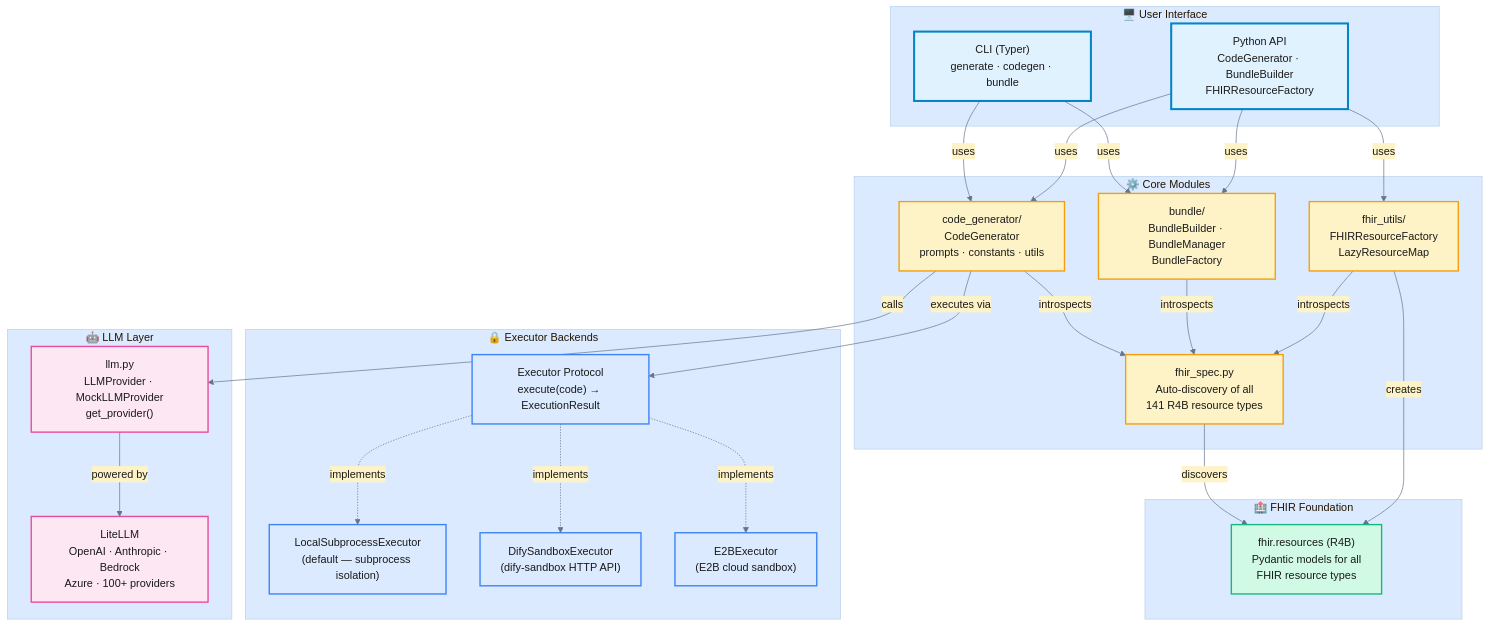
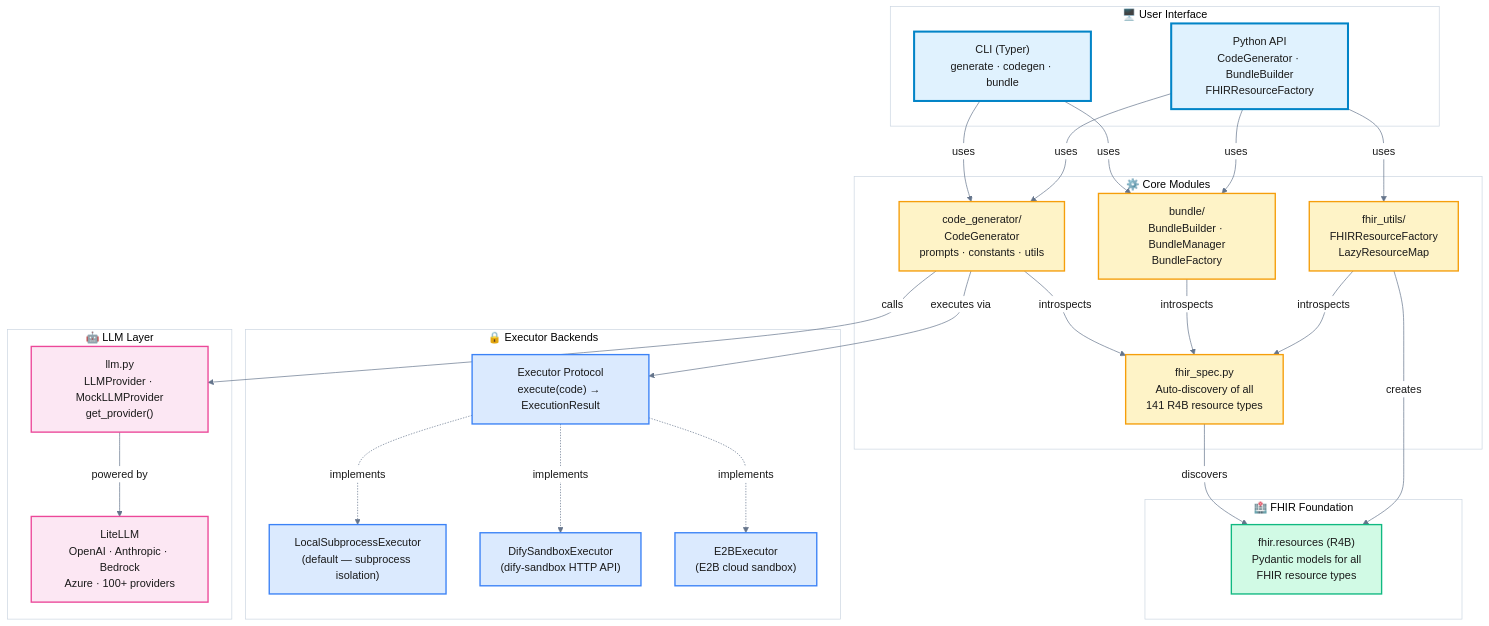
One commit to alvinhenrick/fhir-synth changed the first of 3 diagrams in docs/architecture.md. Above: the diagram before and after it, drawn with Mermaid.

Commit message:
feat: update architecture diagram with enhanced theme variables for improved clarity

````diff
--- a/docs/architecture.md
+++ b/docs/architecture.md
@@ -5,62 +5,62 @@
 ```mermaid
-%%{init: {'theme':'base', 'themeVariables': { 'primaryColor':'#E8F4F8','primaryTextColor':'#1a1a1a','primaryBorderColor':'#0284c7','lineColor':'#64748b','secondaryColor':'#FEF3C7','tertiaryColor':'#DBEAFE','noteBkgColor':'#FEF9C3','noteTextColor':'#1a1a1a'}}}%%
+%%{init: {'theme':'base', 'themeVariables': { 'primaryColor':'#ffffff','primaryTextColor':'#1a1a1a','primaryBorderColor':'#94a3b8','lineColor':'#64748b','secondaryColor':'#ffffff','tertiaryColor':'#ffffff','clusterBkg':'#ffffff','clusterBorder':'#cbd5e1'}}}%%
 graph TB
     subgraph UI["🖥️ User Interface"]
         CLI["CLI (Typer)<br/>generate · codegen · bundle"]
         API["Python API<br/>CodeGenerator · BundleBuilder<br/>FHIRResourceFactory"]
     end
 
     subgraph CORE["⚙️ Core Modules"]
         CG["code_generator/<br/>CodeGenerator<br/>prompts · constants · utils"]
         BB["bundle/<br/>BundleBuilder · BundleManager<br/>BundleFactory"]
         FU["fhir_utils/<br/>FHIRResourceFactory<br/>LazyResourceMap"]
         FS["fhir_spec.py<br/>Auto-discovery of all<br/>141 R4B resource types"]
     end
 
     subgraph EXEC["🔒 Executor Backends"]
         EX_IF["Executor Protocol<br/>execute(code) → ExecutionResult"]
         LOCAL["LocalSubprocessExecutor<br/>(default — subprocess isolation)"]
         DIFY["DifySandboxExecutor<br/>(dify-sandbox HTTP API)"]
         E2B["E2BExecutor<br/>(E2B cloud sandbox)"]
     end
 
     subgraph LLM_LAYER["🤖 LLM Layer"]
         LLM["llm.py<br/>LLMProvider · MockLLMProvider<br/>get_provider()"]
         LITELLM["LiteLLM<br/>OpenAI · Anthropic · Bedrock<br/>Azure · 100+ providers"]
     end
 
     subgraph FHIR["🏥 FHIR Foundation"]
         FR["fhir.resources (R4B)<br/>Pydantic models for all<br/>FHIR resource types"]
     end
 
     CLI -->|uses| CG
     CLI -->|uses| BB
     API -->|uses| CG
     API -->|uses| BB
     API -->|uses| FU
 
     CG -->|executes via| EX_IF
     EX_IF -.->|implements| LOCAL
     EX_IF -.->|implements| DIFY
     EX_IF -.->|implements| E2B
 
     CG -->|calls| LLM
     CG -->|introspects| FS
     BB -->|introspects| FS
     FU -->|introspects| FS
     LLM -->|powered by| LITELLM
     FS -->|discovers| FR
     FU -->|creates| FR
 
     classDef uiStyle fill:#E0F2FE,stroke:#0284c7,stroke-width:3px,color:#1a1a1a
     classDef coreStyle fill:#FEF3C7,stroke:#f59e0b,stroke-width:2px,color:#1a1a1a
     classDef execStyle fill:#DBEAFE,stroke:#3b82f6,stroke-width:2px,color:#1a1a1a
     classDef llmStyle fill:#FCE7F3,stroke:#ec4899,stroke-width:2px,color:#1a1a1a
     classDef fhirStyle fill:#D1FAE5,stroke:#10b981,stroke-width:2px,color:#1a1a1a
 
     class CLI,API uiStyle
     class CG,BB,FU,FS coreStyle
     class EX_IF,LOCAL,DIFY,E2B execStyle
     class LLM,LITELLM llmStyle
     class FR fhirStyle
 ```
````
